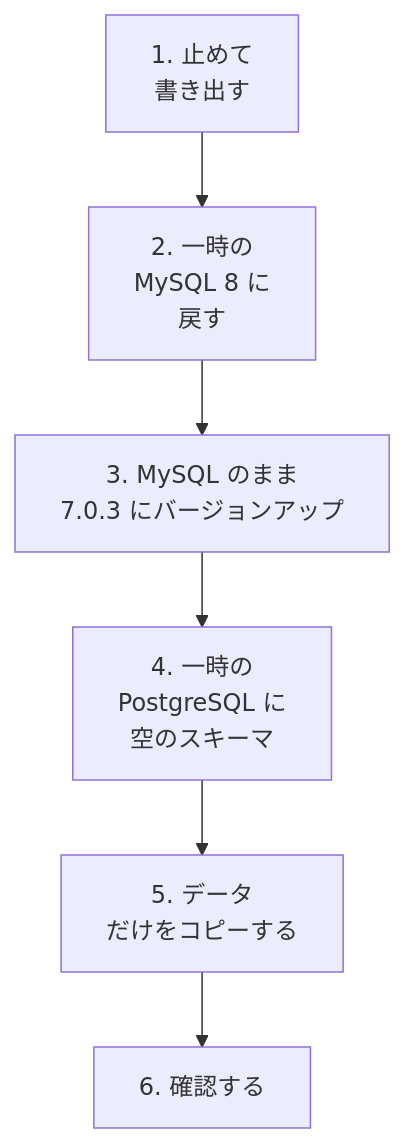
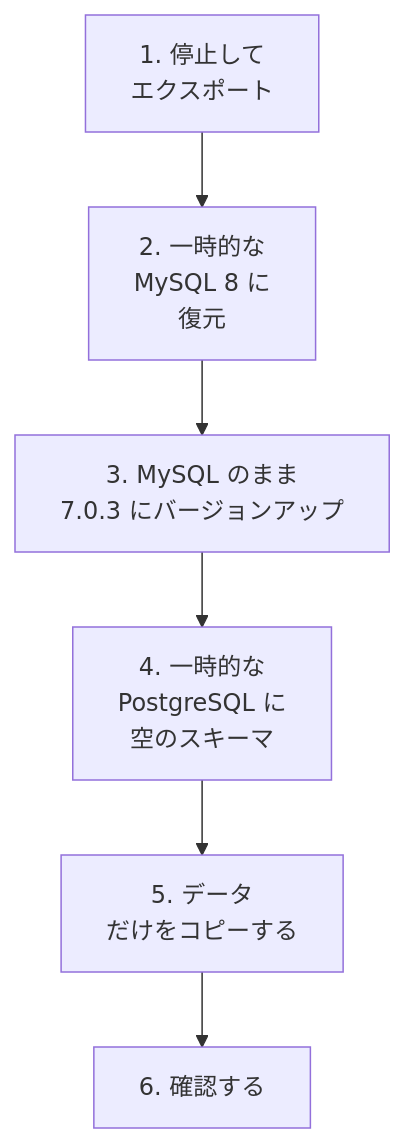
The second of 2 diagrams in docs/ja/migration.md (redmine-kit/serverless), drawn with Mermaid before and after one commit. The commit also changed other lines of this file and 19 other files, not shown here.

````diff
--- a/docs/ja/migration.md
+++ b/docs/ja/migration.md
@@ -47,8 +47,8 @@
 ```mermaid
 flowchart TD
-  a["1. 止めて<br>書き出す"] --> b["2. 一時の<br>MySQL 8 に<br>戻す"]
+  a["1. 停止して<br>エクスポート"] --> b["2. 一時的な<br>MySQL 8 に<br>復元"]
   b --> c["3. MySQL のまま<br>7.0.3 にバージョンアップ"]
-  c --> d["4. 一時の<br>PostgreSQL に<br>空のスキーマ"]
+  c --> d["4. 一時的な<br>PostgreSQL に<br>空のスキーマ"]
   d --> e["5. データ<br>だけをコピーする"]
   e --> f["6. 確認する"]
 ```
````
